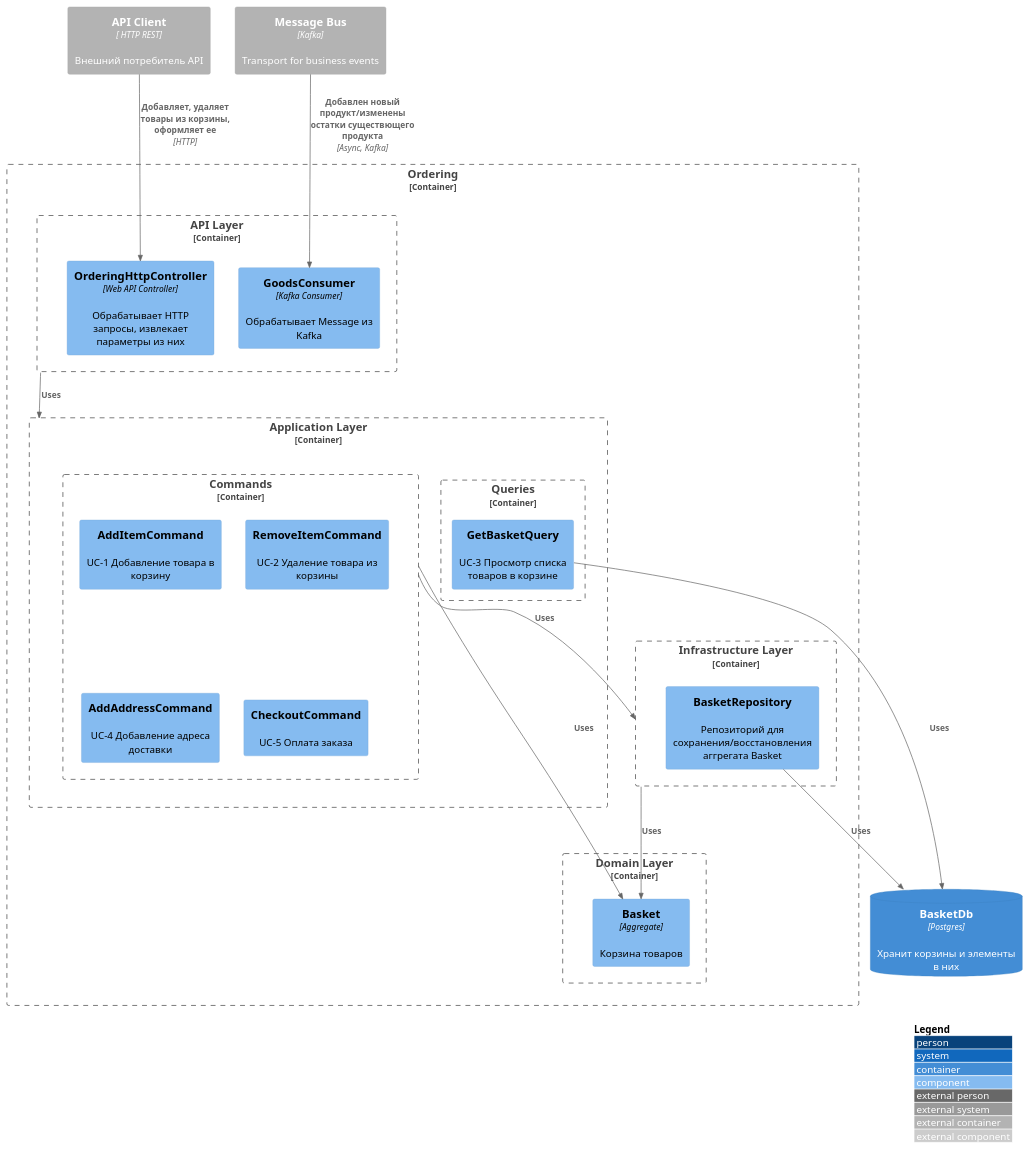
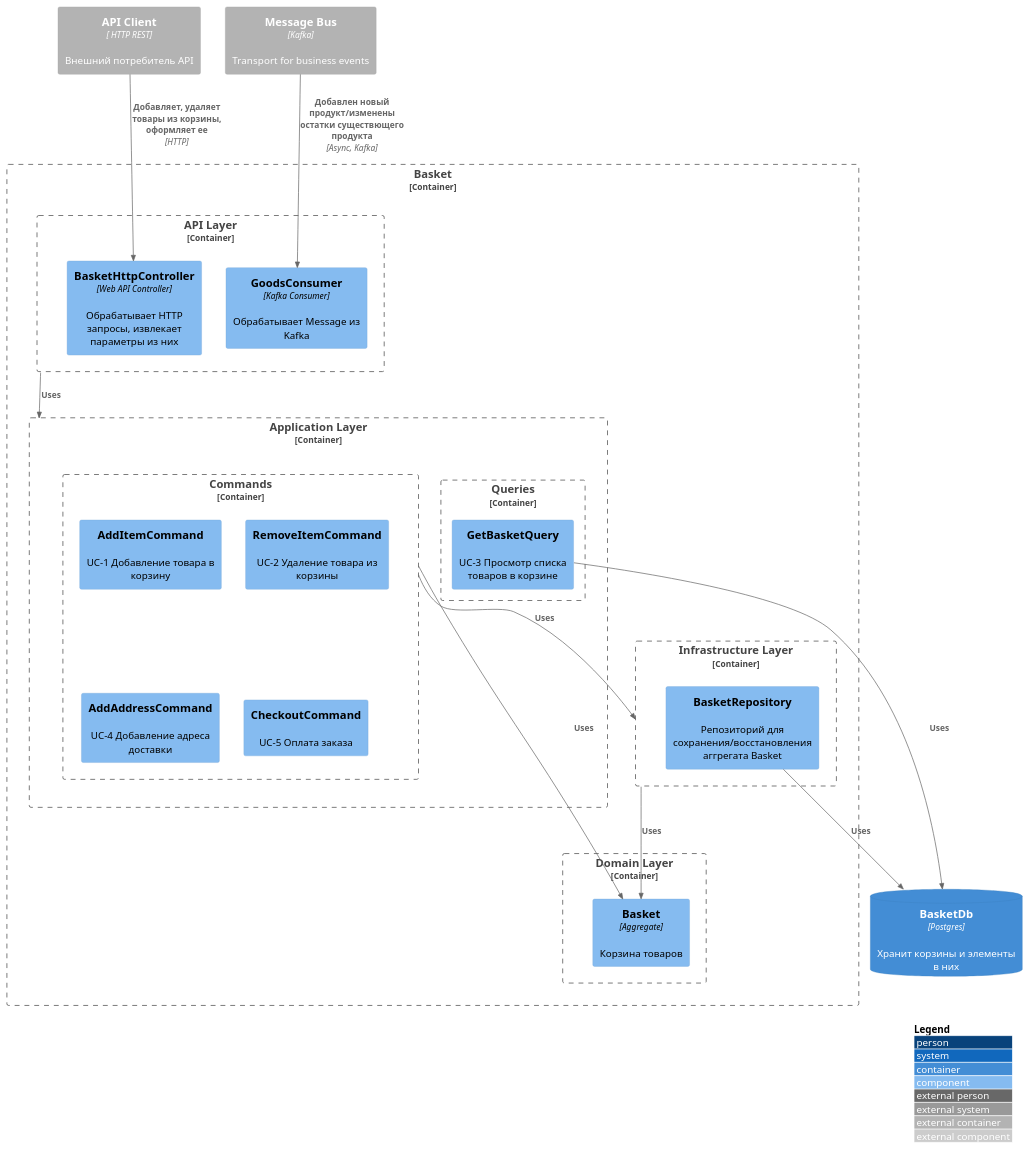
One commit to gerzhan/knigaexpert-system-design changed the second of 5 diagrams in services/ordering/README.md. Above: the diagram before and after it, drawn with PlantUML. The commit also changed other lines of this file and 18 other files, not shown here.

````diff
--- a/services/ordering/README.md
+++ b/services/ordering/README.md
@@ -43,49 +43,49 @@
 ```plantuml
 !include https://raw.githubusercontent.com/plantuml-stdlib/C4-PlantUML/master/C4_Component.puml
 LAYOUT_WITH_LEGEND()
 
 Container_Ext(api_client, "API Client", " HTTP REST", "Внешний потребитель API")
 
 Container_Ext(message_bus, "Message Bus", "Kafka", "Transport for business events")
 
-Container_Boundary(ordering_service, "Ordering") {
+Container_Boundary(basket_service, "Basket") {
     Container_Boundary(api_layer, "API Layer") {
-    Component(ordering_http_handler, "OrderingHttpController", "Web API Controller", "Обрабатывает HTTP запросы, извлекает параметры из них")
+    Component(basket_http_handler, "BasketHttpController", "Web API Controller", "Обрабатывает HTTP запросы, извлекает параметры из них")
     
     Component(goods_consumer, "GoodsConsumer", "Kafka Consumer", "Обрабатывает Message из Kafka")
     }
 
     Container_Boundary(application_layer, "Application Layer") {
       Container_Boundary(commands, "Commands") {
         Component(add_item_command, "AddItemCommand", "", "UC-1 Добавление товара в корзину")
         Component(remove_item_command, "RemoveItemCommand", "", "UC-2 Удаление товара из корзины")
         Component(add_address_command, "AddAddressCommand", "", "UC-4 Добавление адреса доставки")
         Component(checkout_command, "CheckoutCommand", "", "UC-5 Оплата заказа")
       }
 
       Container_Boundary(queries, "Queries") {
         Component(get_basket_query, "GetBasketQuery", "", "UC-3 Просмотр списка товаров в корзине")
       }
     }
 
     Container_Boundary(domain_layer, "Domain Layer") {
       Component(basket_aggregate, "Basket", "Aggregate", "Корзина товаров")
     }
 
     Container_Boundary(infrastructure_layer, "Infrastructure Layer") {
       Component(basket_aggregate_repository, "BasketRepository", "", "Репозиторий для сохранения/восстановления аггрегата Basket")
     }
 }
 ContainerDb(db, "BasketDb", "Postgres", "Хранит корзины и элементы в них")
 
 Rel(message_bus, goods_consumer, "Добавлен новый продукт/изменены остатки существющего продукта", "Async, Kafka")
-Rel(api_client, ordering_http_handler, "Добавляет, удаляет товары из корзины, оформляет ее", "HTTP")
+Rel(api_client, basket_http_handler, "Добавляет, удаляет товары из корзины, оформляет ее", "HTTP")
 Rel(api_layer, application_layer, "Uses")
 Rel(commands, basket_aggregate, "Uses")
 Rel(commands, infrastructure_layer, "Uses")
 Rel(basket_aggregate_repository, db, "Uses")
 Rel(infrastructure_layer, basket_aggregate, "Uses")
 Rel(get_basket_query, db, "Uses")
 
 Lay_U(domain_layer, infrastructure_layer)
 ```
````
